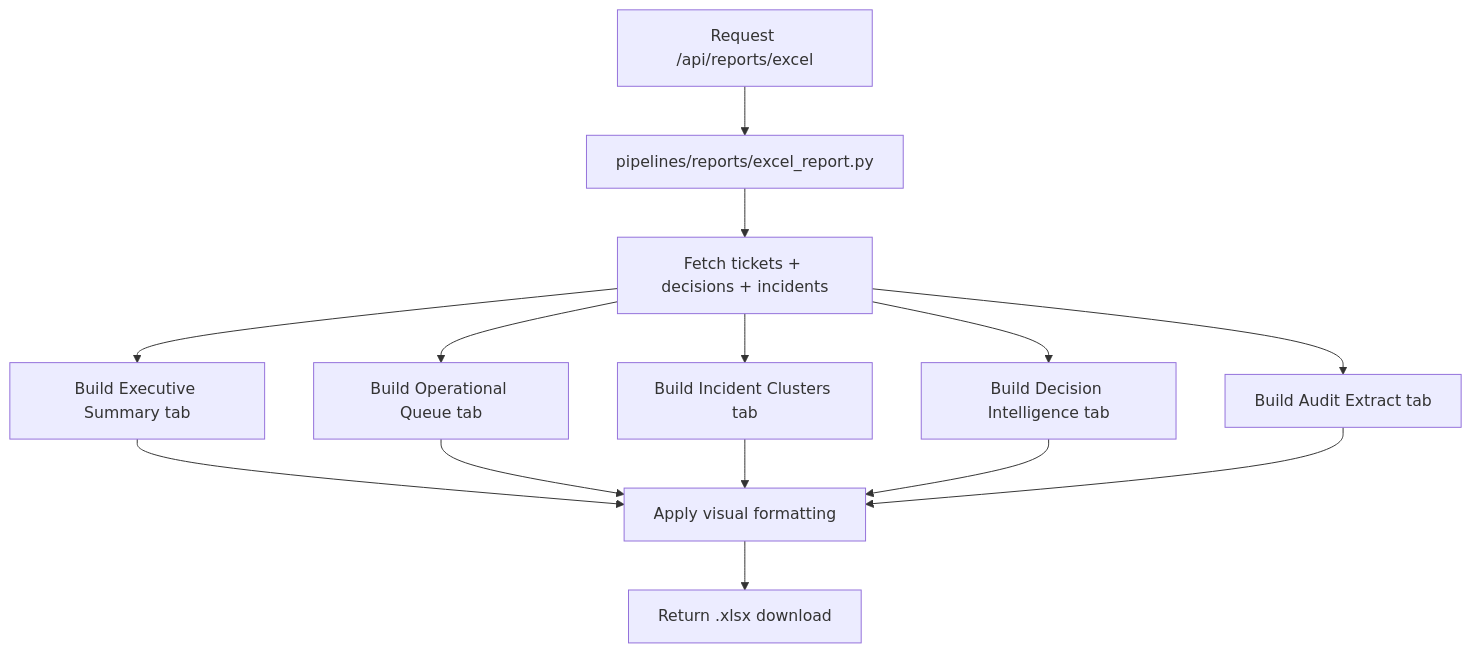
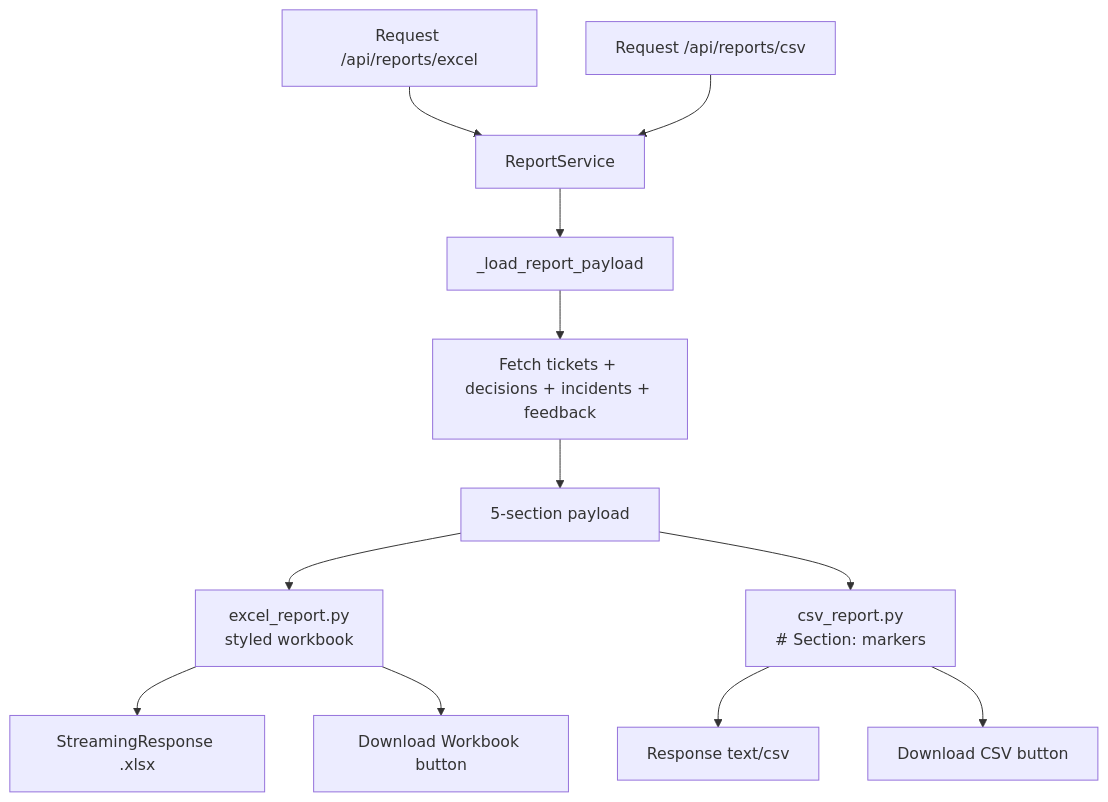
The diagram in docs/architecture/reporting.md (AngelP17/Aether-Ticketing), drawn with Mermaid before and after one commit. The commit also changed 10 other files, not shown here.

First line of the commit message:
docs: refresh with mermaid.js diagrams across all sections

````diff
--- a/docs/architecture/reporting.md
+++ b/docs/architecture/reporting.md
@@ -15,16 +15,14 @@
 ```mermaid
 flowchart TD
-    A[Request /api/reports/excel] --> B[pipelines/reports/excel_report.py]
-    B --> C[Fetch tickets + decisions + incidents]
-    C --> D[Build Executive Summary tab]
-    C --> E[Build Operational Queue tab]
-    C --> F[Build Incident Clusters tab]
-    C --> G[Build Decision Intelligence tab]
-    C --> H[Build Audit Extract tab]
-    D --> I[Apply visual formatting]
-    E --> I
-    F --> I
-    G --> I
-    H --> I
-    I --> J[Return .xlsx download]
+    A[Request /api/reports/excel] --> B[ReportService]
+    A2[Request /api/reports/csv] --> B
+    B --> C[_load_report_payload]
+    C --> D[Fetch tickets + decisions + incidents + feedback]
+    D --> E[5-section payload]
+    E --> F[excel_report.py\nstyled workbook]
+    E --> G[csv_report.py\n# Section: markers]
+    F --> H[StreamingResponse .xlsx]
+    G --> I[Response text/csv]
+    F --> J[Download Workbook button]
+    G --> K[Download CSV button]
 ```
````
